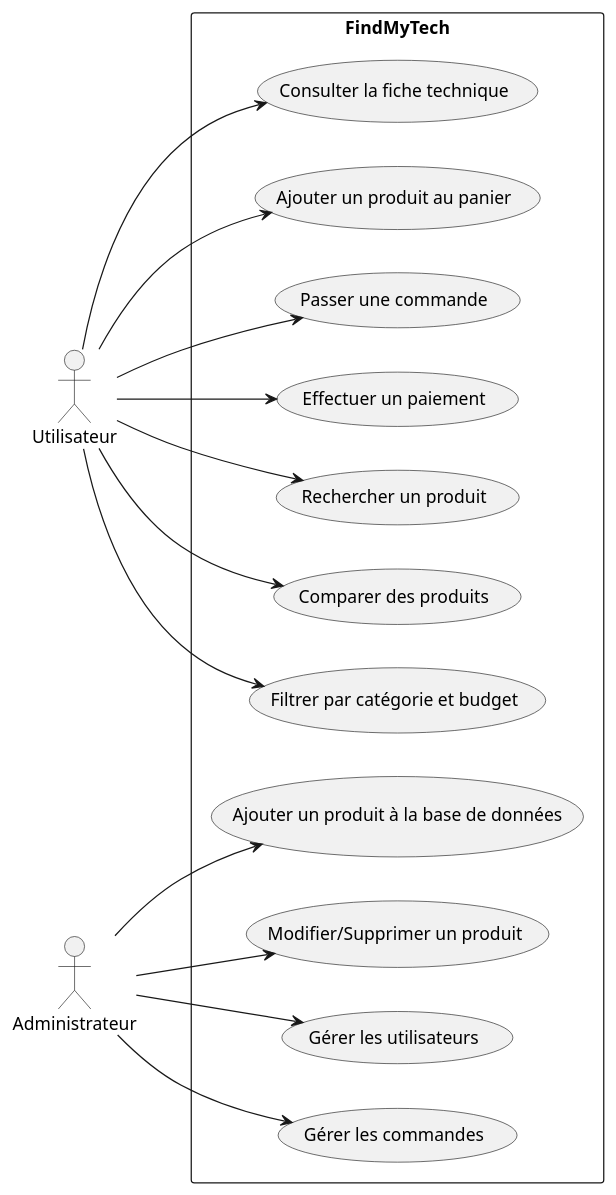
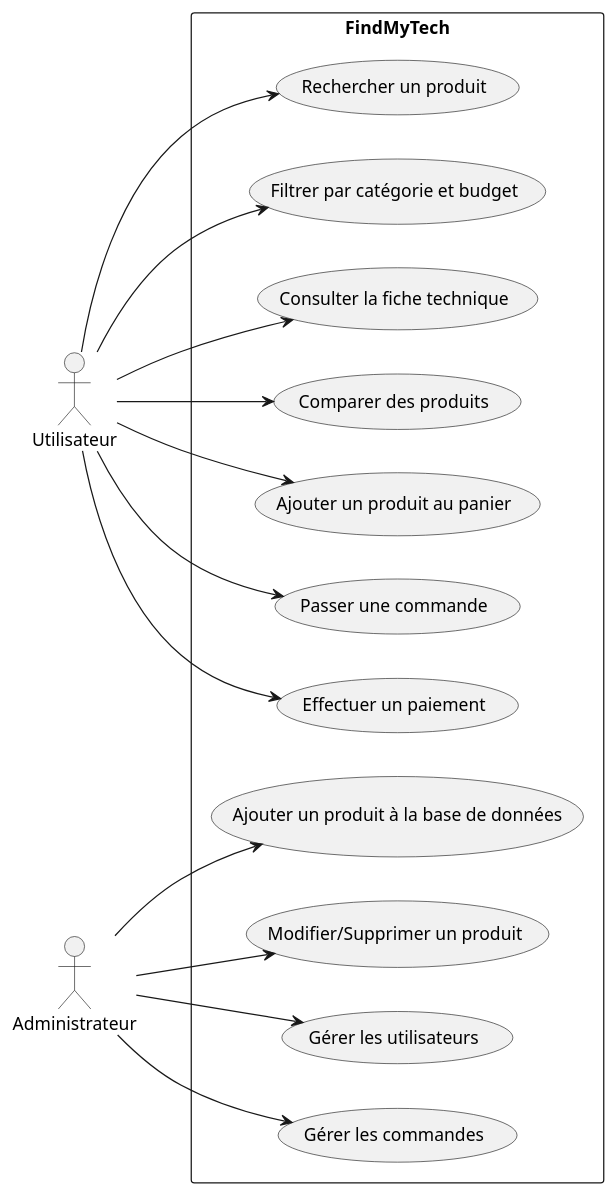
The diagram in diagramme_de_cas_d'utilisation.puml (mouadh7belgoumri/PROJET_2CP), drawn with PlantUML before and after one commit.

Commit message:
cas d'utilisation réordonnés

```diff
--- a/diagramme_de_cas_d'utilisation.puml
+++ b/diagramme_de_cas_d'utilisation.puml
@@ -1,34 +1,35 @@
 @startuml
 left to right direction
 actor Utilisateur
 actor Administrateur
 
 rectangle "FindMyTech" {
   
   (Rechercher un produit) as UC1
-  (Comparer des produits) as UC2
   (Filtrer par catégorie et budget) as UC3
   (Consulter la fiche technique) as UC4
+  (Comparer des produits) as UC2
+  (Ajouter un produit au panier) as UC8
+  (Passer une commande) as UC9
+  (Effectuer un paiement) as UC10
+
   (Ajouter un produit à la base de données) as UC5
   (Modifier/Supprimer un produit) as UC6
   (Gérer les utilisateurs) as UC7
-  (Ajouter un produit au panier) as UC8
-  (Passer une commande) as UC9
-  (Effectuer un paiement) as UC10
   (Gérer les commandes) as UC11
   
   Utilisateur --> UC1
   Utilisateur --> UC2
   Utilisateur --> UC3
   Utilisateur --> UC4
   Utilisateur --> UC8
   Utilisateur --> UC9
   Utilisateur --> UC10
   
   Administrateur --> UC5
   Administrateur --> UC6
   Administrateur --> UC7
   Administrateur --> UC11
 }
 
 @enduml
```
